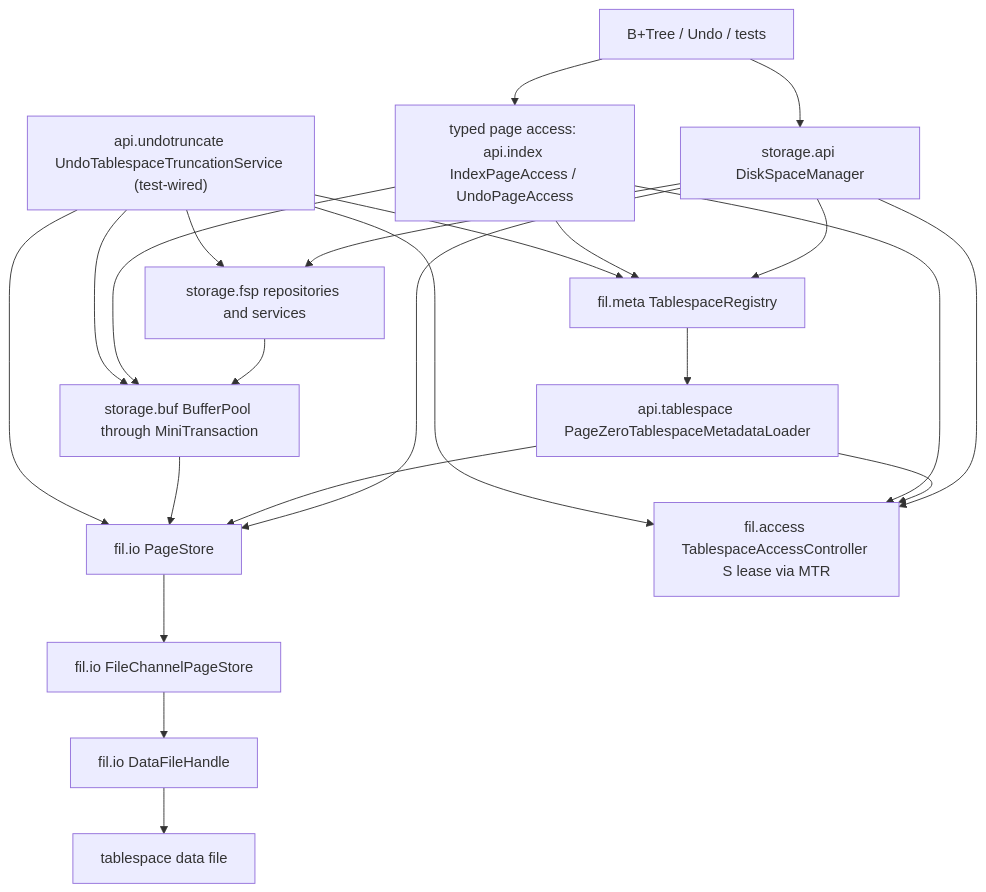
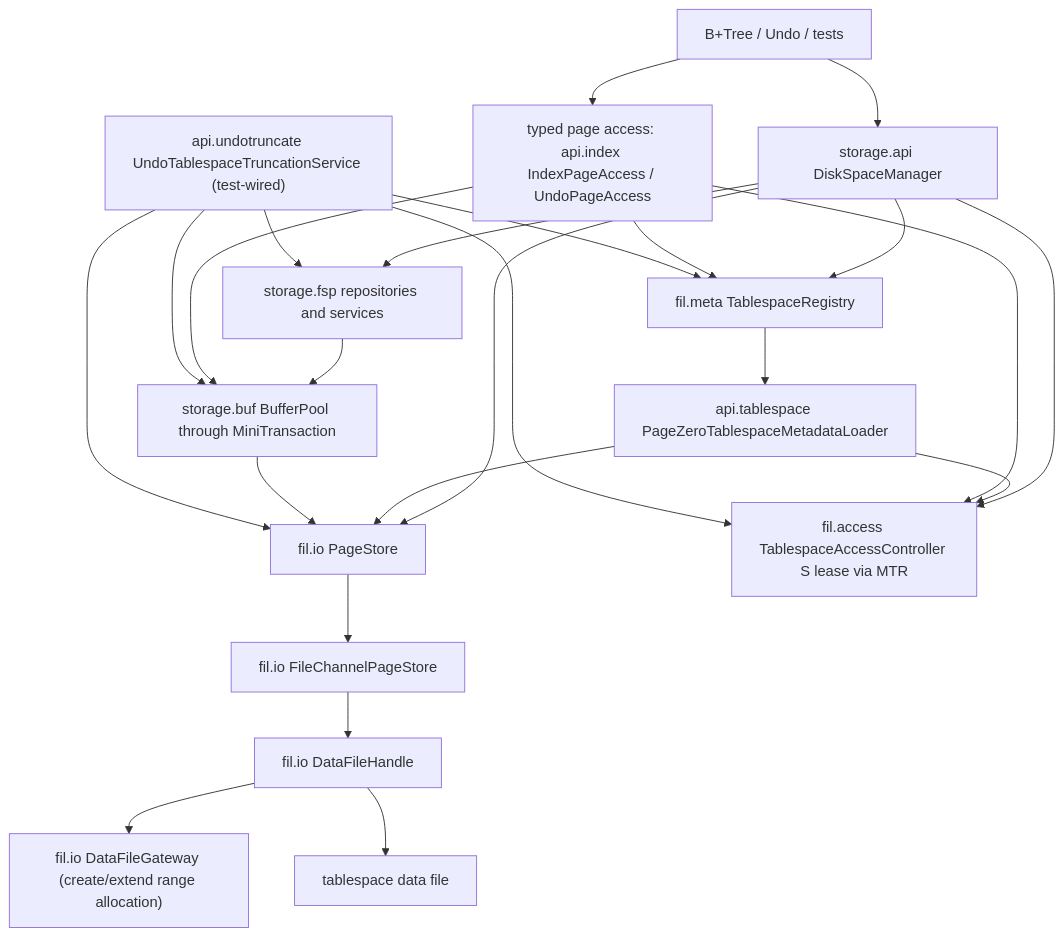
Before and after one commit to mywnlb/dbtest: the first of 9 diagrams in docs/design/current-implementation-map.md, drawn with Mermaid. The commit also changed other lines of this file and 55 other files, not shown here.

````diff
--- a/docs/design/current-implementation-map.md
+++ b/docs/design/current-implementation-map.md
@@ -17,28 +17,29 @@
 ```mermaid
 flowchart TD
   Upper["B+Tree / Undo / tests"] --> DSM["storage.api DiskSpaceManager"]
   Upper --> PageAccess["typed page access: api.index IndexPageAccess / UndoPageAccess"]
 
   DSM --> FSP["storage.fsp repositories and services"]
   DSM --> Store["fil.io PageStore"]
   DSM --> Registry["fil.meta TablespaceRegistry"]
   DSM --> Access["fil.access TablespaceAccessController S lease via MTR"]
   Registry --> Loader["api.tablespace PageZeroTablespaceMetadataLoader"]
   Loader --> Access
   Loader --> Store
   FSP --> BP["storage.buf BufferPool through MiniTransaction"]
   PageAccess --> BP
   PageAccess --> Access
   PageAccess --> Registry
   BP --> Store
   Store --> ChannelStore["fil.io FileChannelPageStore"]
   ChannelStore --> Handle["fil.io DataFileHandle"]
+  Handle --> Gateway["fil.io DataFileGateway (create/extend range allocation)"]
   Handle --> DataFile["tablespace data file"]
 
   Truncate["api.undotruncate UndoTablespaceTruncationService (test-wired)"] --> Access
   Truncate --> Registry
   Truncate --> FSP
   Truncate --> BP
   Truncate --> Store
 
 ```
````
